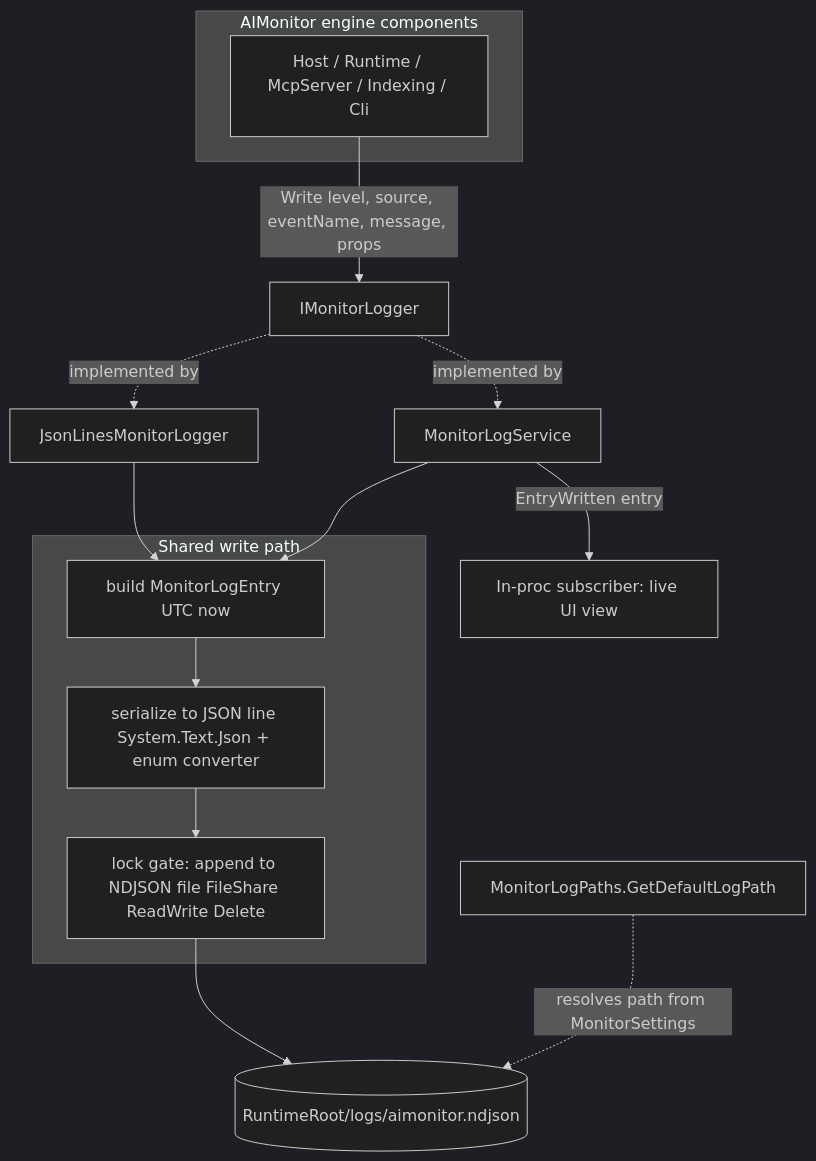
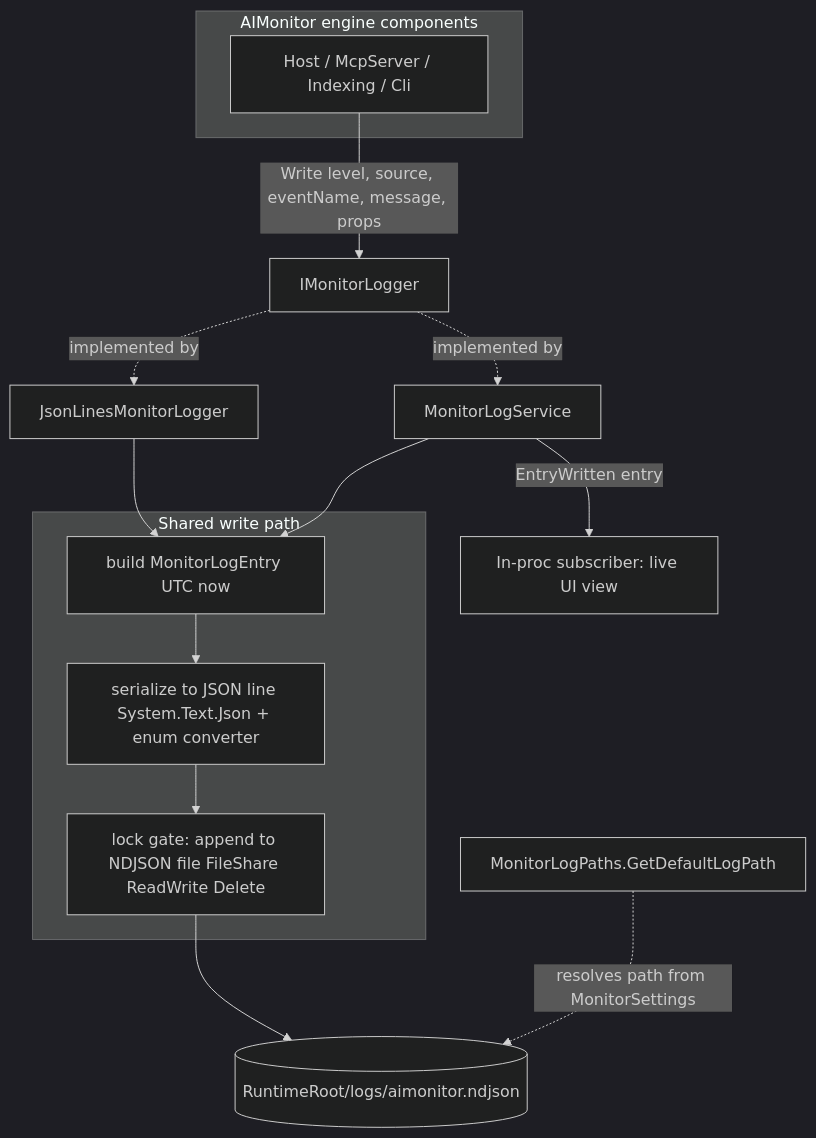
One commit to rdavi10471a2/ClaudeWorkbench changed the first of 2 diagrams in docs/components/AIMonitor.Logging.md. Above: the diagram before and after it, drawn with Mermaid (dark theme). The commit also changed other lines of this file and 12 other files, not shown here.

````diff
--- a/docs/components/AIMonitor.Logging.md
+++ b/docs/components/AIMonitor.Logging.md
@@ -26,20 +26,20 @@
 ```mermaid
 flowchart TD
     subgraph engine[AIMonitor engine components]
-        C[Host / Runtime / McpServer / Indexing / Cli]
+        C[Host / McpServer / Indexing / Cli]
     end
     C -->|Write level, source, eventName, message, props| IL[IMonitorLogger]
     IL -.implemented by.-> JL[JsonLinesMonitorLogger]
     IL -.implemented by.-> SVC[MonitorLogService]
     subgraph shared[Shared write path]
         E[build MonitorLogEntry UTC now]
         S[serialize to JSON line System.Text.Json + enum converter]
         L[lock gate: append to NDJSON file FileShare ReadWrite Delete]
     end
     JL --> E
     SVC --> E
     E --> S --> L
     L --> F[(RuntimeRoot/logs/aimonitor.ndjson)]
     SVC -->|EntryWritten entry| SUB[In-proc subscriber: live UI view]
     MP[MonitorLogPaths.GetDefaultLogPath] -.resolves path from MonitorSettings.-> F
 ```
````
